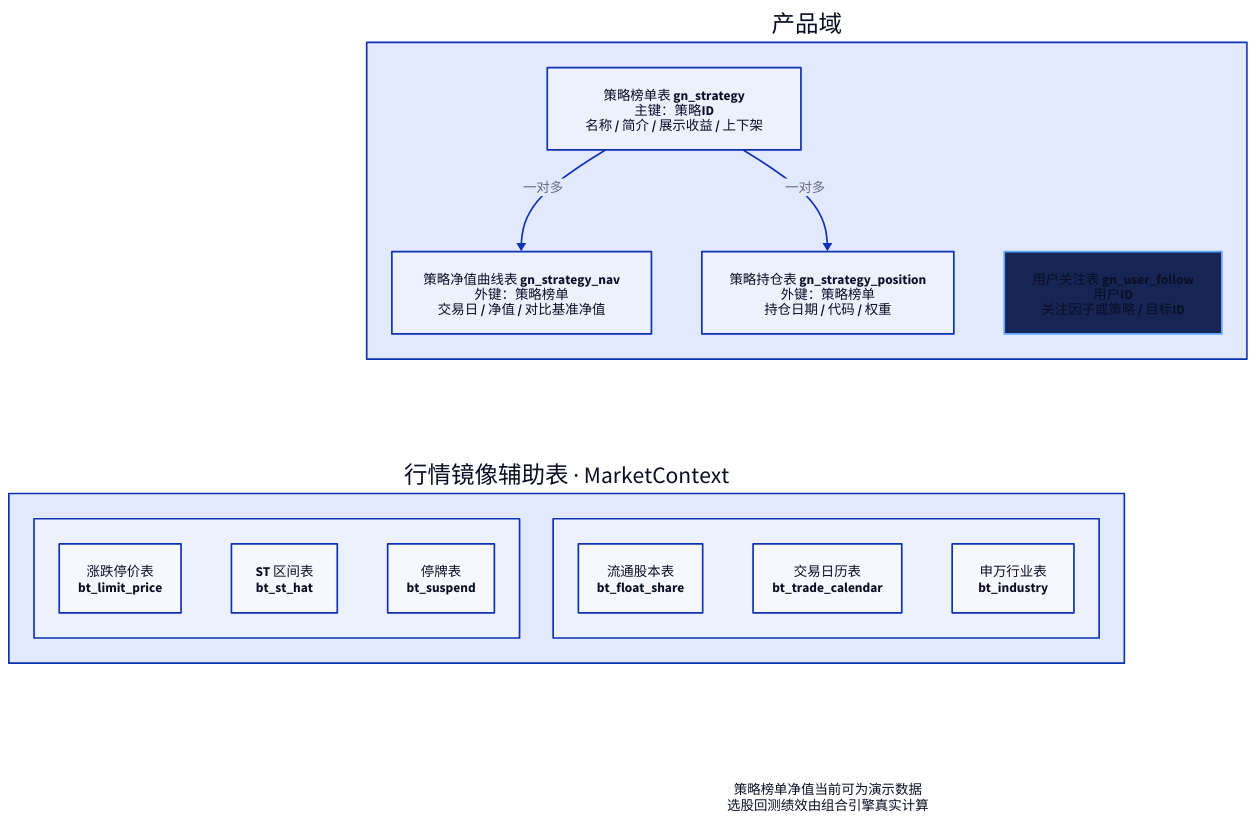
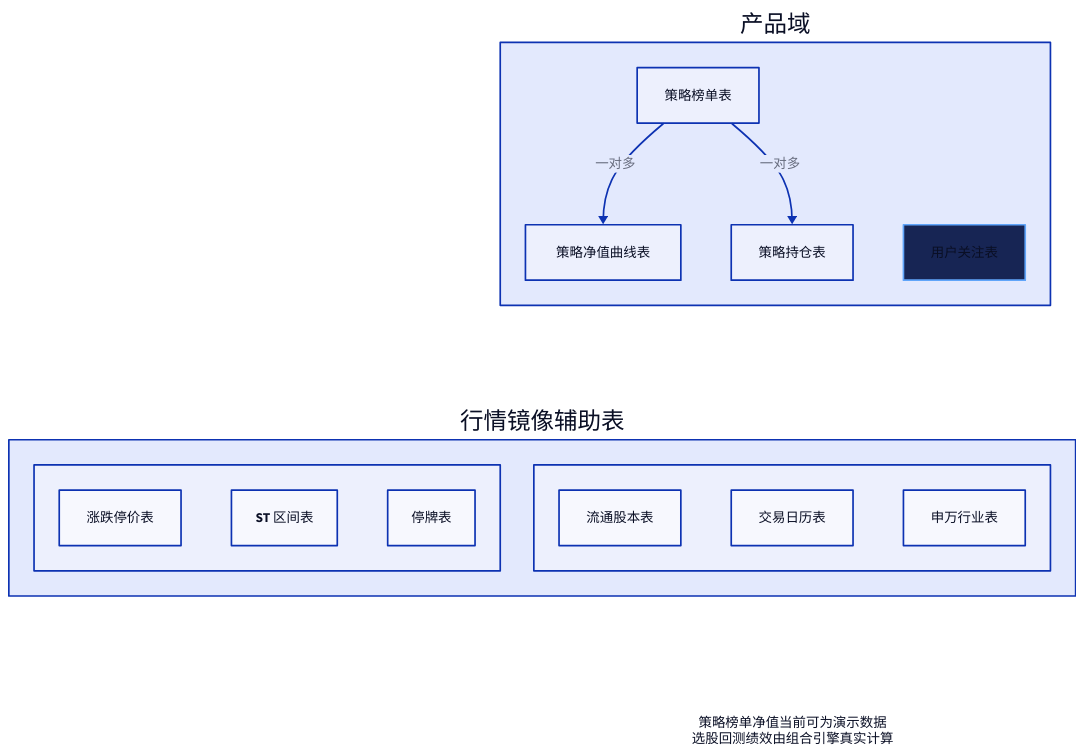
The diagram in diagrams/d2/datasource.d2 (Saka9527/gaoneng-quant), drawn with D2 before and after one commit. The commit also changed 11 other files, not shown here.

Commit message:
Keep only the Chinese labels on the design diagrams.

```diff
--- a/diagrams/d2/datasource.d2
+++ b/diagrams/d2/datasource.d2
@@ -1,38 +1,38 @@
 direction: down
 
 product: 产品域 {
   direction: down
-  strategy: "策略榜单表 gn_strategy\n主键：策略ID\n名称 / 简介 / 展示收益 / 上下架"
-  nav: "策略净值曲线表 gn_strategy_nav\n外键：策略榜单\n交易日 / 净值 / 对比基准净值"
-  position: "策略持仓表 gn_strategy_position\n外键：策略榜单\n持仓日期 / 代码 / 权重"
-  follow: "用户关注表 gn_user_follow\n用户ID\n关注因子或策略 / 目标ID" {
+  strategy: "策略榜单表"
+  nav: "策略净值曲线表"
+  position: "策略持仓表"
+  follow: "用户关注表" {
     style.fill: "#172554"
     style.stroke: "#60a5fa"
   }
   strategy -> nav: 一对多
   strategy -> position: 一对多
 }
 
-mirror: "行情镜像辅助表 · MarketContext" {
+mirror: "行情镜像辅助表" {
   direction: down
   row1: "" {
     direction: right
-    limit: "涨跌停价表\nbt_limit_price"
-    st: "ST 区间表\nbt_st_hat"
-    suspend: "停牌表\nbt_suspend"
+    limit: "涨跌停价表"
+    st: "ST 区间表"
+    suspend: "停牌表"
   }
   row2: "" {
     direction: right
-    share: "流通股本表\nbt_float_share"
-    calendar: "交易日历表\nbt_trade_calendar"
-    industry: "申万行业表\nbt_industry"
+    share: "流通股本表"
+    calendar: "交易日历表"
+    industry: "申万行业表"
   }
 }
 
 product -> mirror: "" {style.opacity: 0}
 mirror -> note: "" {style.opacity: 0}
 
 note: "策略榜单净值当前可为演示数据\n选股回测绩效由组合引擎真实计算" {
   shape: text
   style.font-size: 16
 }
```
